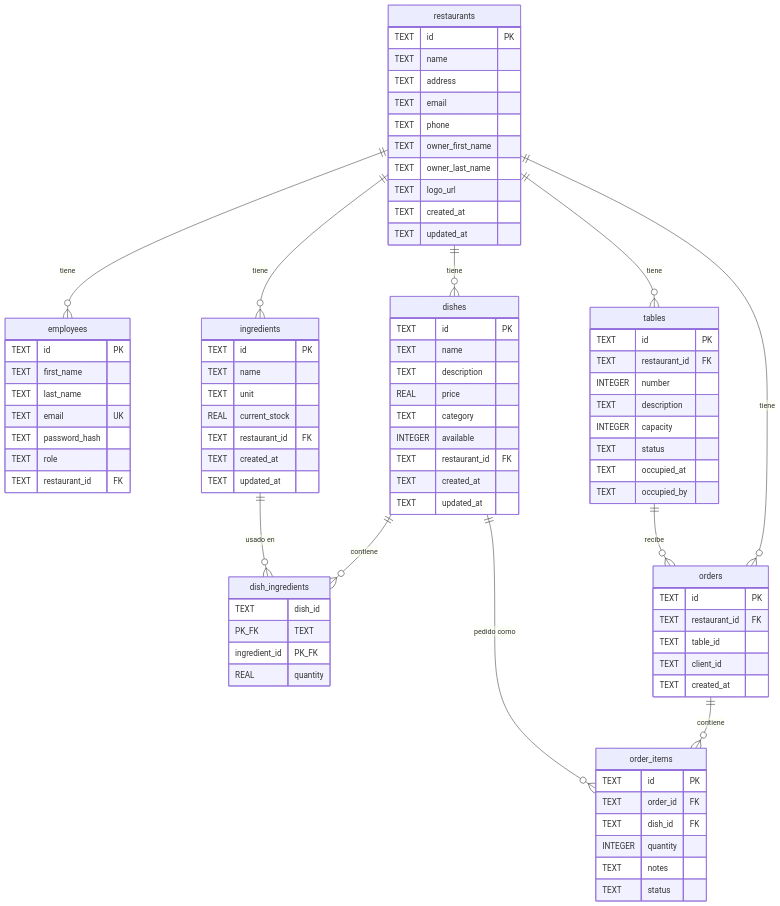
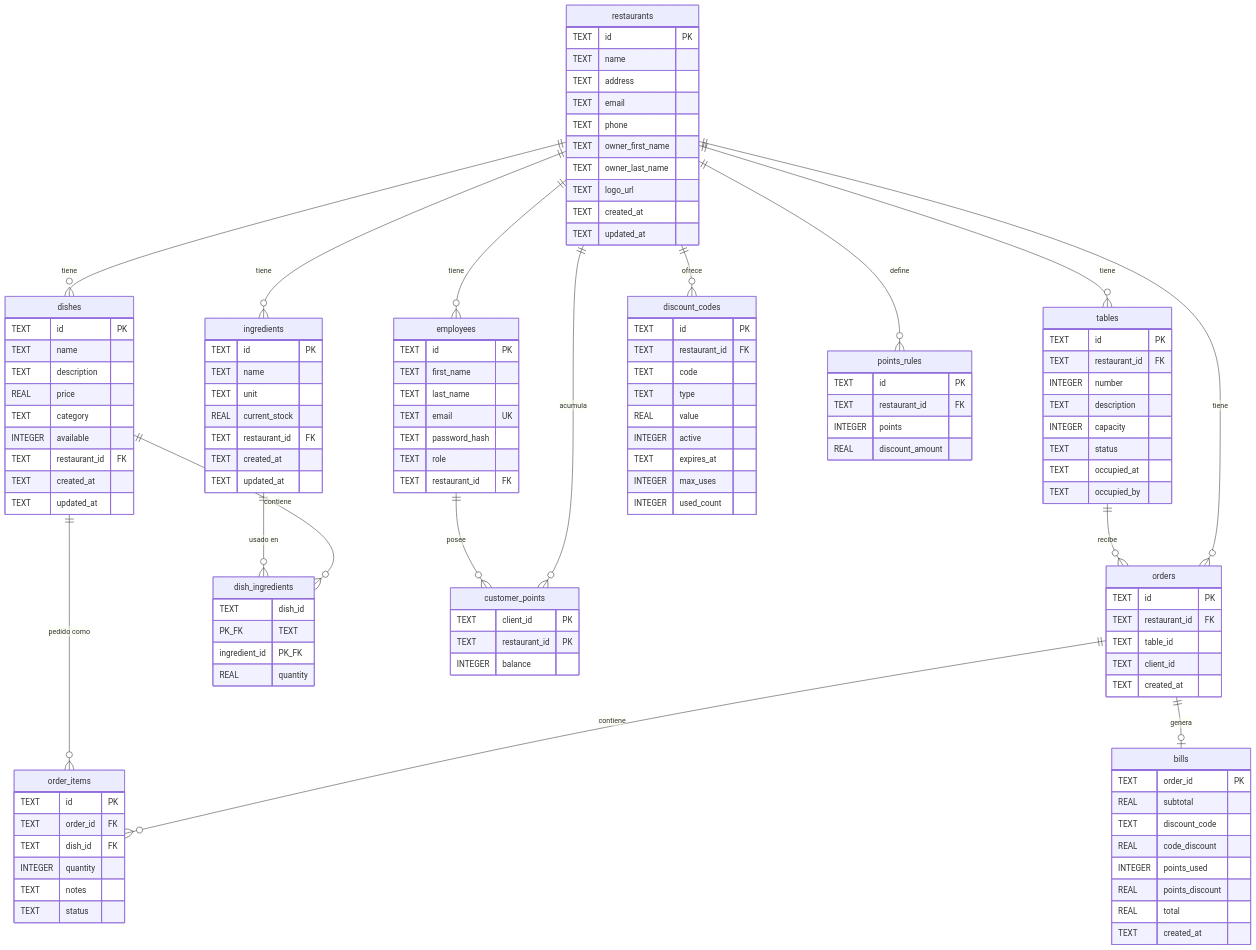
The diagram in docs/dominio/modelo-datos.md (Rokuzer/curso-claude-ed8), drawn with Mermaid before and after one commit. The commit also changed other lines of this file and 3 other files, not shown here.

````diff
--- a/docs/dominio/modelo-datos.md
+++ b/docs/dominio/modelo-datos.md
@@ -18,6 +18,11 @@
     ingredients ||--o{ dish_ingredients : "usado en"
     orders ||--o{ order_items : "contiene"
     dishes ||--o{ order_items : "pedido como"
+    restaurants ||--o{ discount_codes : "ofrece"
+    restaurants ||--o{ points_rules : "define"
+    restaurants ||--o{ customer_points : "acumula"
+    employees ||--o{ customer_points : "posee"
+    orders ||--o| bills : "genera"
 
     restaurants {
         TEXT id PK
@@ -97,4 +102,40 @@
         TEXT notes
         TEXT status
     }
+
+    discount_codes {
+        TEXT id PK
+        TEXT restaurant_id FK
+        TEXT code
+        TEXT type
+        REAL value
+        INTEGER active
+        TEXT expires_at
+        INTEGER max_uses
+        INTEGER used_count
+    }
+
+    points_rules {
+        TEXT id PK
+        TEXT restaurant_id FK
+        INTEGER points
+        REAL discount_amount
+    }
+
+    customer_points {
+        TEXT client_id PK
+        TEXT restaurant_id PK
+        INTEGER balance
+    }
+
+    bills {
+        TEXT order_id PK
+        REAL subtotal
+        TEXT discount_code
+        REAL code_discount
+        INTEGER points_used
+        REAL points_discount
+        REAL total
+        TEXT created_at
+    }
 ```
````
